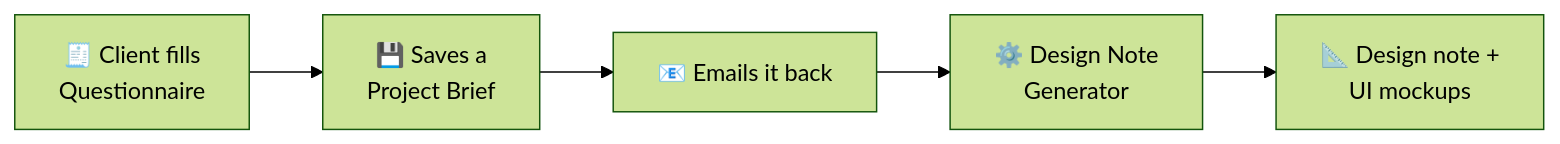
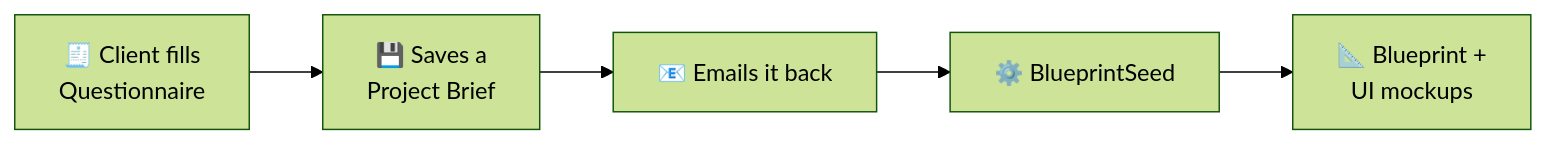
One commit to ajainx3/website-project-toolkit changed the diagram in README.md. Above: the diagram before and after it, drawn with Mermaid (forest theme). The commit also changed other lines of this file and 2 other files, not shown here.

First line of the commit message:
Rebrand generator to BlueprintSeed + add product design doc

````diff
--- a/README.md
+++ b/README.md
@@ -30,7 +30,7 @@
 ```mermaid
 flowchart LR
   A["🧾 Client fills<br/>Questionnaire"] --> B["💾 Saves a<br/>Project Brief"]
   B --> C["📧 Emails it back"]
-  C --> D["⚙️ Design Note<br/>Generator"]
-  D --> E["📐 Design note +<br/>UI mockups"]
+  C --> D["⚙️ BlueprintSeed"]
+  D --> E["📐 Blueprint +<br/>UI mockups"]
 ```
````
